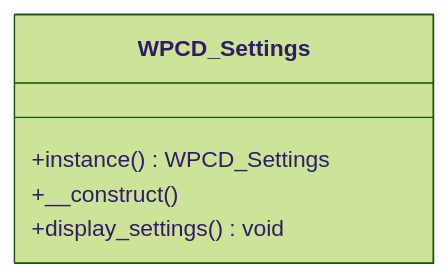
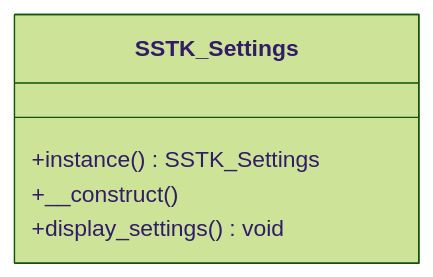
The fourth of 10 diagrams in .qoder/repowiki/en/content/Core Components/Core Components.md (onedogsolutions/simple-stack), drawn with Mermaid (forest theme) before and after one commit. The commit also changed other lines of this file and 5941 other files, not shown here.

````diff
--- a/.qoder/repowiki/en/content/Core Components/Core Components.md
+++ b/.qoder/repowiki/en/content/Core Components/Core Components.md
@@ -146,8 +146,8 @@
 ```mermaid
 classDiagram
-class WPCD_Settings {
-+instance() WPCD_Settings
+class SSTK_Settings {
++instance() SSTK_Settings
 +__construct()
 +display_settings() void
 }
 ```
````
